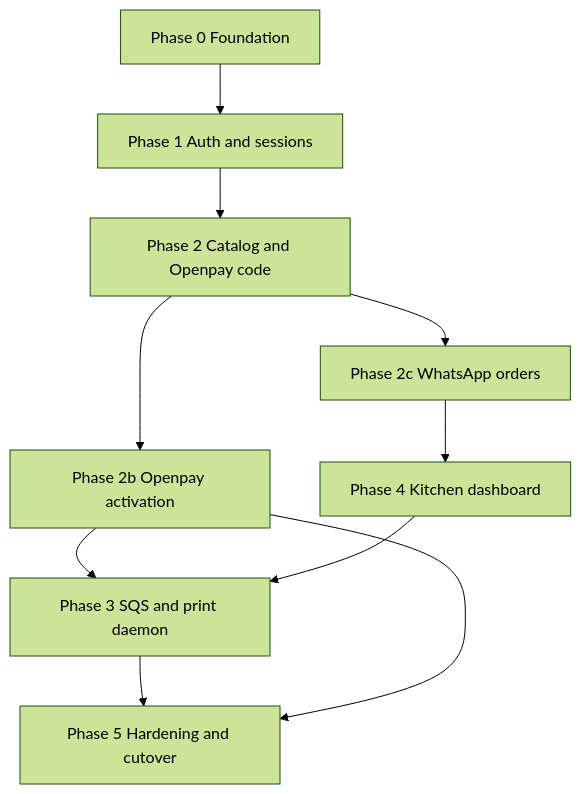
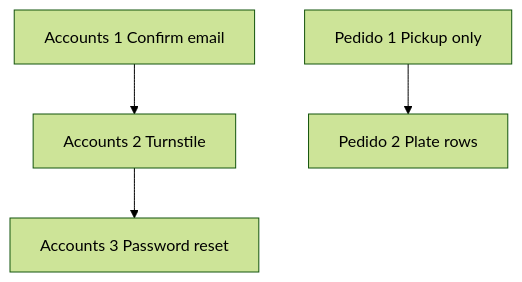
Before and after one commit to IsaacAGz/Power-Meals: the diagram in PLAN.md, drawn with Mermaid (forest theme). The commit also changed other lines of this file and 24 other files, not shown here.

Commit message:
developed plan for cart rework and email confimation/password recovery

````diff
--- a/PLAN.md
+++ b/PLAN.md
@@ -682,20 +18,11 @@
 ```mermaid
 flowchart TD
-  P0[Phase 0 Foundation]
-  P1[Phase 1 Auth and sessions]
-  P2[Phase 2 Catalog and Openpay code]
-  P2b[Phase 2b Openpay activation]
-  P2c[Phase 2c WhatsApp orders]
-  P3[Phase 3 SQS and print daemon]
-  P4[Phase 4 Kitchen dashboard]
-  P5[Phase 5 Hardening and cutover]
-  P0 --> P1
+  A1[Accounts 1 Confirm email]
+  A2[Accounts 2 Turnstile]
+  A3[Accounts 3 Password reset]
+  P1[Pedido 1 Pickup only]
+  P2[Pedido 2 Plate rows]
+  A1 --> A2
+  A2 --> A3
   P1 --> P2
-  P2 --> P2b
-  P2 --> P2c
-  P2b --> P3
-  P2c --> P4
-  P4 --> P3
-  P3 --> P5
-  P2b --> P5
 ```
````
